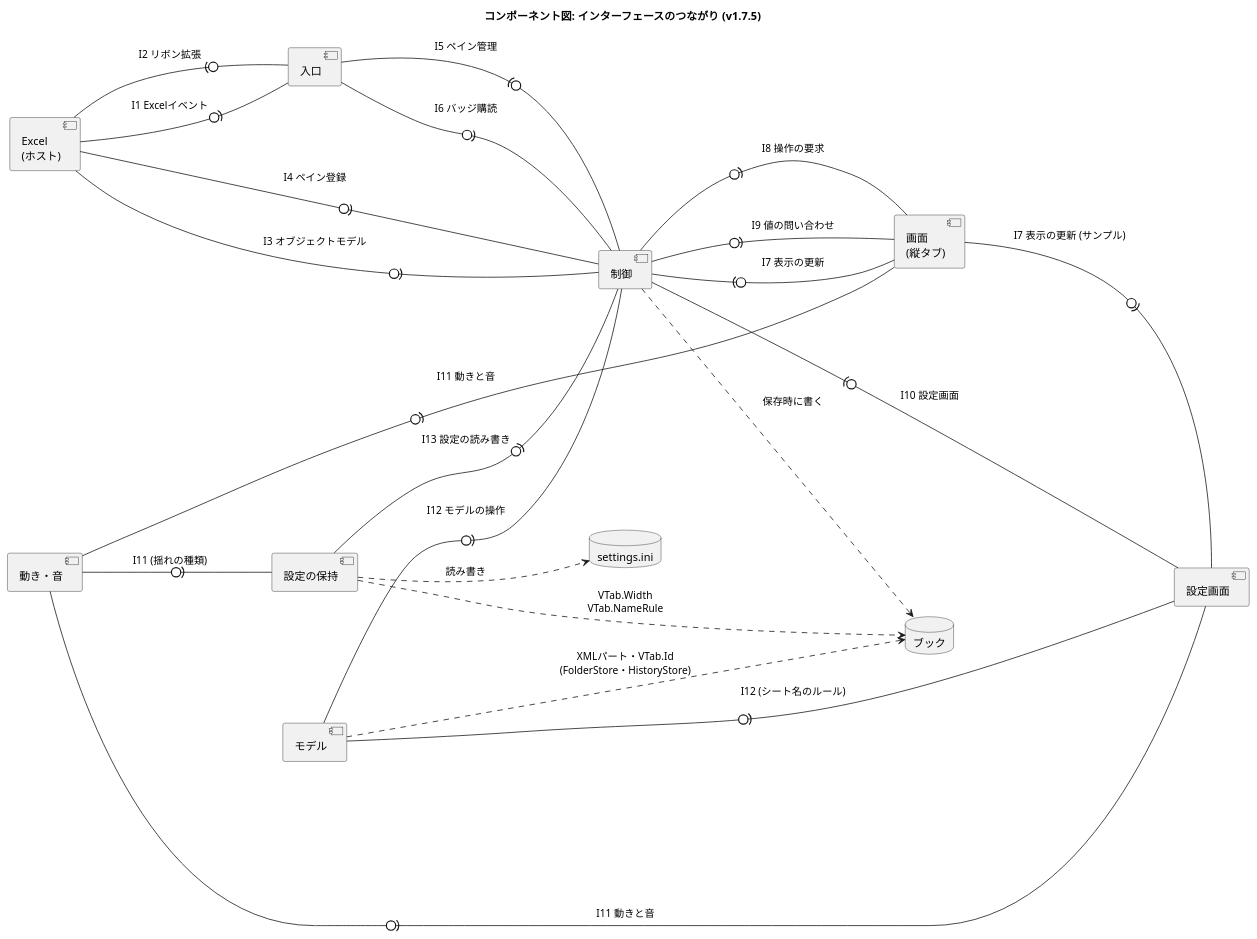
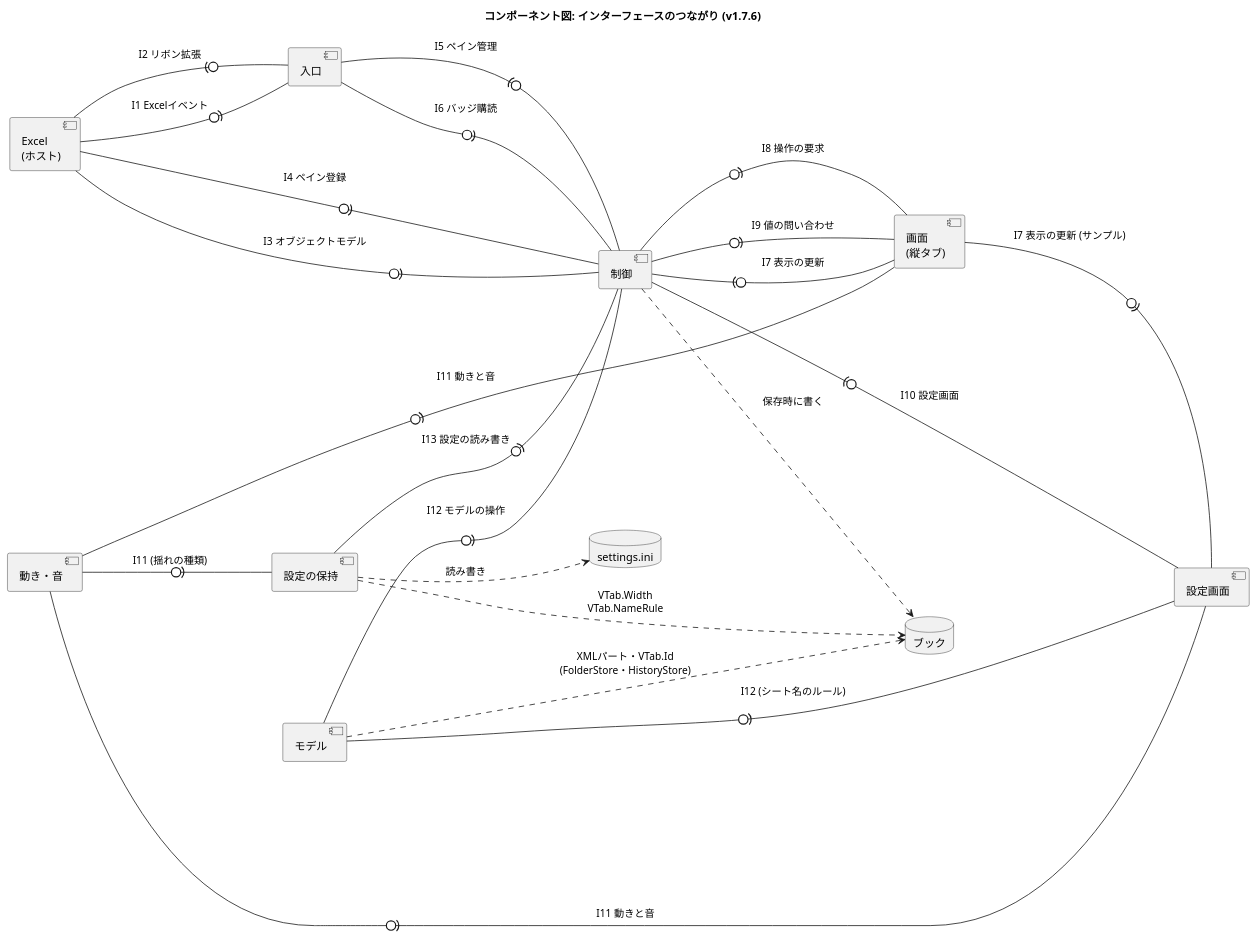
Before and after one commit to nk-taka623/VerticalSheetTabs: the diagram in docs/component-interface.puml, drawn with PlantUML. The commit also changed 15 other files, not shown here.

Commit message:
v1.7.6: バージョンを上げる (README の変更点、設定画面の画像、図)

```diff
--- a/docs/component-interface.puml
+++ b/docs/component-interface.puml
@@ -1,43 +1,43 @@
 @startuml
-title コンポーネント図: インターフェースのつながり (v1.7.5)
+title コンポーネント図: インターフェースのつながり (v1.7.6)
 left to right direction
 skinparam componentStyle uml2
 skinparam shadowing false
 skinparam nodesep 50
 skinparam ranksep 110
 
 component "Excel\n(ホスト)" as HOST
 component "入口" as ENTRY
 component "制御" as CTRL
 component "画面\n(縦タブ)" as VIEW
 component "設定画面" as SETTINGS
 component "動き・音" as FX
 component "モデル" as MODEL
 component "設定の保持" as CONFIG
 database "ブック" as BOOK
 database "settings.ini" as INI
 
 ' 「提供側 -0)- 利用側」: 丸が提供するインターフェース、受け口が利用 (I1 から I13 は、DEVELOPMENT.md の表)
 HOST -0)- ENTRY : I1 Excelイベント
 ENTRY -0)- HOST : I2 リボン拡張
 HOST -0)- CTRL : I3 オブジェクトモデル
 HOST -0)- CTRL : I4 ペイン登録
 CTRL -0)- ENTRY : I5 ペイン管理
 ENTRY -0)- CTRL : I6 バッジ購読
 VIEW -0)- CTRL : I7 表示の更新
 CTRL -0)- VIEW : I8 操作の要求
 CTRL -0)- VIEW : I9 値の問い合わせ
 SETTINGS -0)- CTRL : I10 設定画面
 VIEW -0)- SETTINGS : I7 表示の更新 (サンプル)
 FX -0)- VIEW : I11 動きと音
 FX -0)- SETTINGS : I11 動きと音
 FX -0)- CONFIG : I11 (揺れの種類)
 MODEL -0)- CTRL : I12 モデルの操作
 MODEL -0)- SETTINGS : I12 (シート名のルール)
 CONFIG -0)- CTRL : I13 設定の読み書き
 
 CTRL ..> BOOK : 保存時に書く
 MODEL ..> BOOK : XMLパート・VTab.Id\n(FolderStore・HistoryStore)
 CONFIG ..> BOOK : VTab.Width\nVTab.NameRule
 CONFIG ..> INI : 読み書き
 @enduml
```
